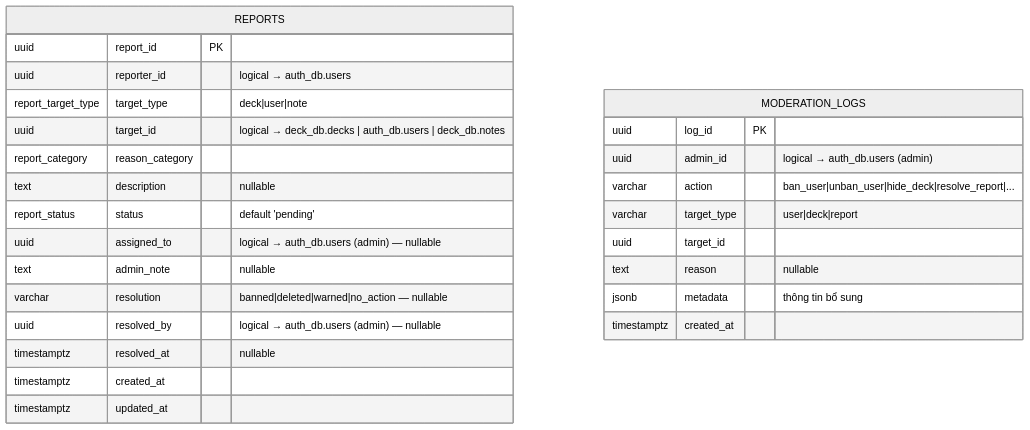
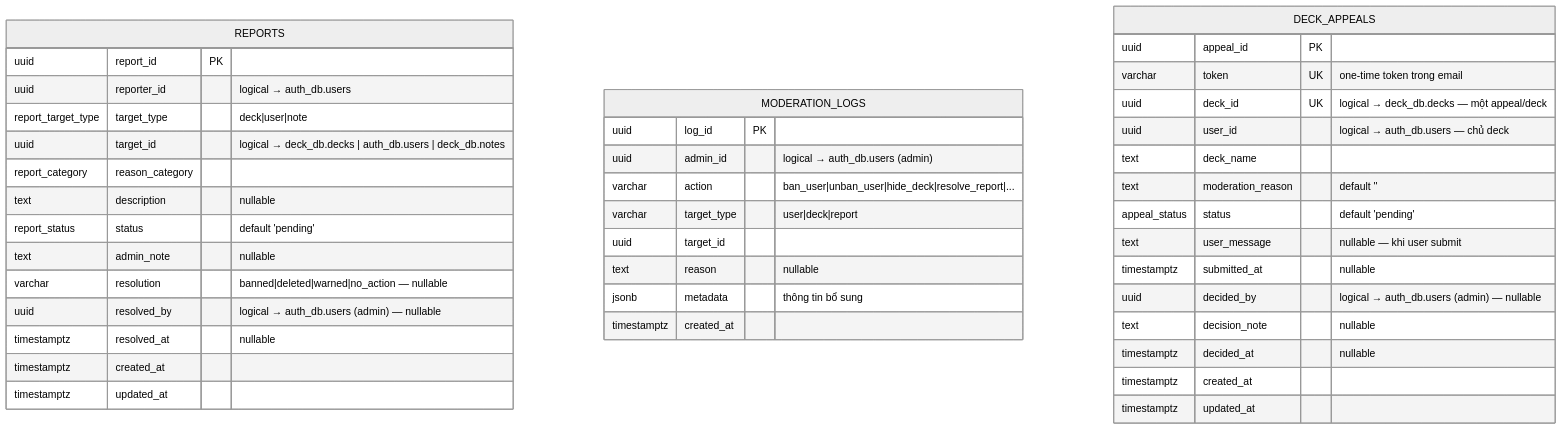
The seventh of 7 diagrams in doc/er-diagrams.md (annghiavo/mem_pan), drawn with Mermaid (neutral theme) before and after one commit. The commit also changed other lines of this file and 19 other files, not shown here.

````diff
--- a/doc/er-diagrams.md
+++ b/doc/er-diagrams.md
@@ -775,30 +1131,46 @@
 ```mermaid
 erDiagram
     REPORTS {
         uuid report_id PK
         uuid reporter_id "logical → auth_db.users"
         report_target_type target_type "deck|user|note"
         uuid target_id "logical → deck_db.decks | auth_db.users | deck_db.notes"
         report_category reason_category
         text description "nullable"
         report_status status "default 'pending'"
-        uuid assigned_to "logical → auth_db.users (admin) — nullable"
         text admin_note "nullable"
         varchar resolution "banned|deleted|warned|no_action — nullable"
         uuid resolved_by "logical → auth_db.users (admin) — nullable"
         timestamptz resolved_at "nullable"
         timestamptz created_at
         timestamptz updated_at
     }
 
     MODERATION_LOGS {
         uuid log_id PK
         uuid admin_id "logical → auth_db.users (admin)"
         varchar action "ban_user|unban_user|hide_deck|resolve_report|..."
         varchar target_type "user|deck|report"
         uuid target_id
         text reason "nullable"
         jsonb metadata "thông tin bổ sung"
         timestamptz created_at
     }
+
+    DECK_APPEALS {
+        uuid appeal_id PK
+        varchar token UK "one-time token trong email"
+        uuid deck_id UK "logical → deck_db.decks — một appeal/deck"
+        uuid user_id "logical → auth_db.users — chủ deck"
+        text deck_name
+        text moderation_reason "default ''"
+        appeal_status status "default 'pending'"
+        text user_message "nullable — khi user submit"
+        timestamptz submitted_at "nullable"
+        uuid decided_by "logical → auth_db.users (admin) — nullable"
+        text decision_note "nullable"
+        timestamptz decided_at "nullable"
+        timestamptz created_at
+        timestamptz updated_at
+    }
 ```
````
